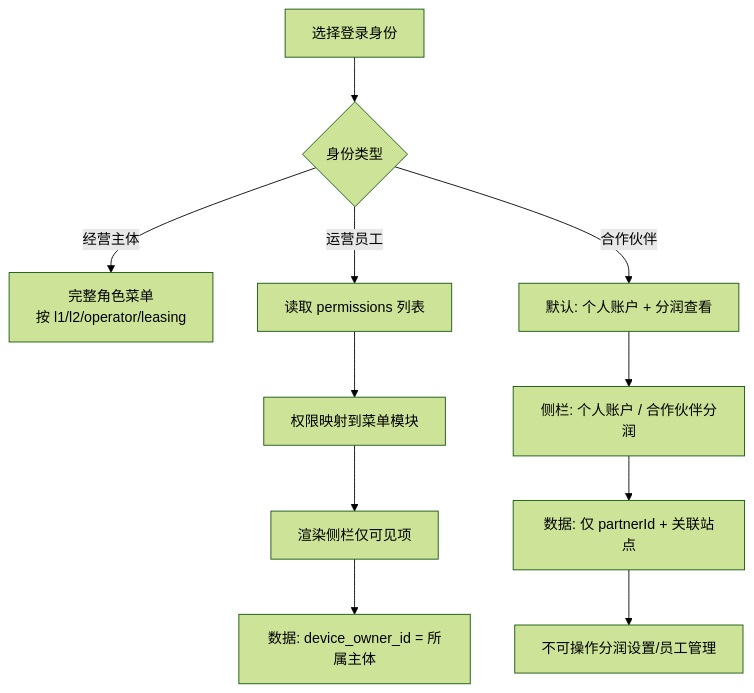
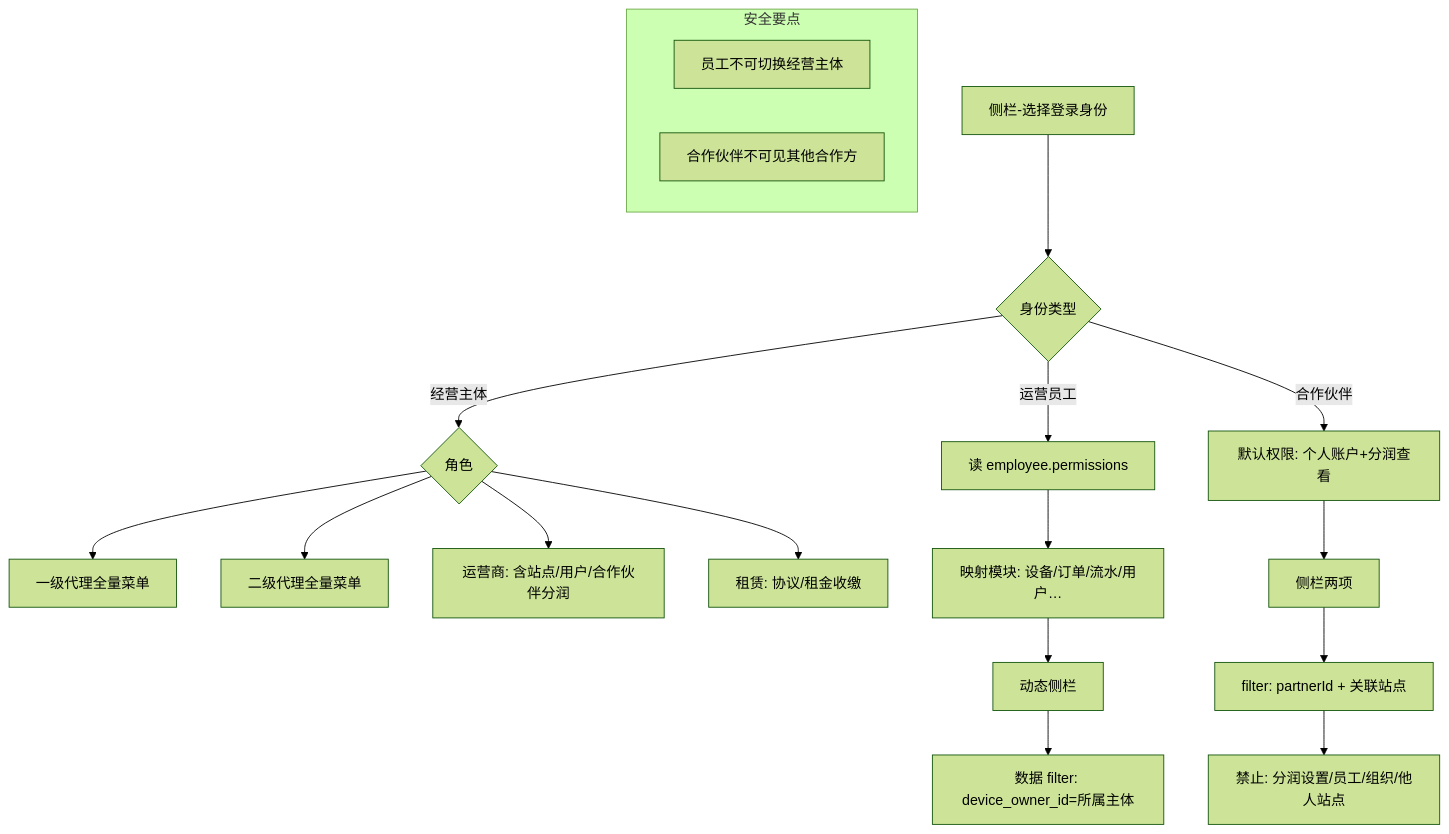
Before and after one commit to liudali/rider-swap-operator-prototype: diagram 11 of 16 in docs/功能结构与业务流程.md, drawn with Mermaid (forest theme). The commit also changed other lines of this file and 1 other file, not shown here.

Commit message:
Expand core business process flows with steps, states, and edge cases.

````diff
--- a/docs/功能结构与业务流程.md
+++ b/docs/功能结构与业务流程.md
@@ -277,16 +436,25 @@
 ```mermaid
 flowchart TD
-  Start[选择登录身份] --> Type{身份类型}
+  Start[侧栏-选择登录身份] --> Type{身份类型}
 
-  Type -->|经营主体| Full[完整角色菜单<br/>按 l1/l2/operator/leasing]
-  Type -->|运营员工| Staff[读取 permissions 列表]
-  Type -->|合作伙伴| Ptr[默认: 个人账户 + 分润查看]
+  Type -->|经营主体| Role{角色}
+  Role --> L1[一级代理全量菜单]
+  Role --> L2[二级代理全量菜单]
+  Role --> OP[运营商: 含站点/用户/合作伙伴分润]
+  Role --> LE[租赁: 协议/租金收缴]
 
-  Staff --> Map[权限映射到菜单模块]
-  Map --> Nav[渲染侧栏仅可见项]
-  Nav --> Data[数据: device_owner_id = 所属主体]
+  Type -->|运营员工| Emp[读 employee.permissions]
+  Emp --> Map[映射模块: 设备/订单/流水/用户…]
+  Map --> Nav1[动态侧栏]
+  Nav1 --> Scope1[数据 filter: device_owner_id=所属主体]
 
-  Ptr --> Nav2[侧栏: 个人账户 / 合作伙伴分润]
-  Nav2 --> Data2[数据: 仅 partnerId + 关联站点]
-  Data2 --> NoSet[不可操作分润设置/员工管理]
+  Type -->|合作伙伴| Def[默认权限: 个人账户+分润查看]
+  Def --> Nav2[侧栏两项]
+  Nav2 --> Scope2[filter: partnerId + 关联站点]
+  Scope2 --> Deny[禁止: 分润设置/员工/组织/他人站点]
+
+  subgraph audit [安全要点]
+    A1[员工不可切换经营主体]
+    A2[合作伙伴不可见其他合作方]
+  end
 ```
````
